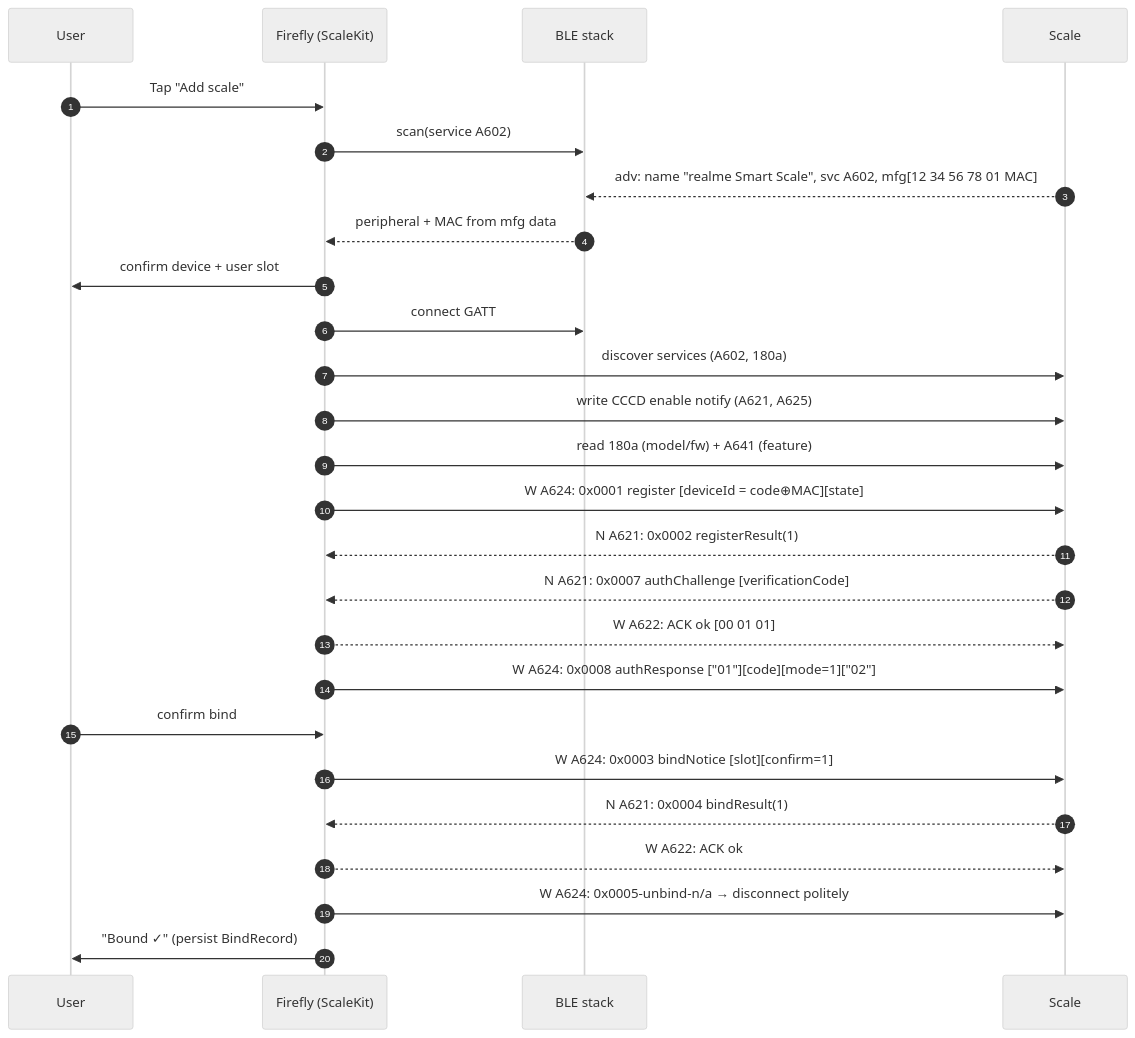
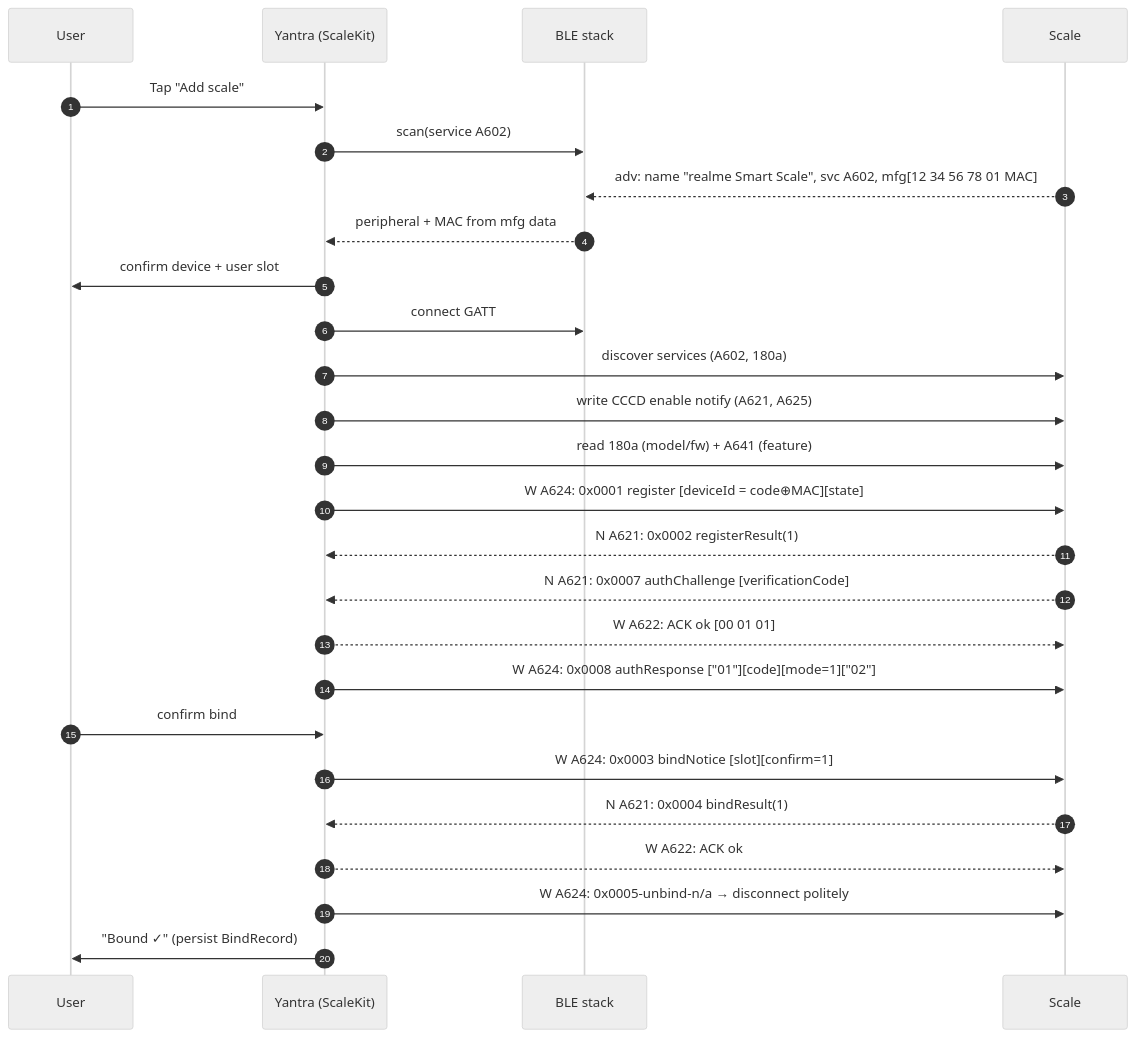
The third of 9 diagrams in docs/DIAGRAMS.md (kulkahr/yantra), drawn with Mermaid (neutral theme) before and after one commit. The commit also changed other lines of this file and 29 other files, not shown here.

First line of the commit message:
Rebrand Firefly to Yantra across app, tests, docs and bundle id

````diff
--- a/docs/DIAGRAMS.md
+++ b/docs/DIAGRAMS.md
@@ -79,29 +79,29 @@
 ```mermaid
 sequenceDiagram
     autonumber
     participant U as User
-    participant App as Firefly (ScaleKit)
+    participant App as Yantra (ScaleKit)
     participant BT as BLE stack
     participant S as Scale
 
     U->>App: Tap "Add scale"
     App->>BT: scan(service A602)
     S-->>BT: adv: name "realme Smart Scale", svc A602, mfg[12 34 56 78 01 MAC]
     BT-->>App: peripheral + MAC from mfg data
     App->>U: confirm device + user slot
     App->>BT: connect GATT
     App->>S: discover services (A602, 180a)
     App->>S: write CCCD enable notify (A621, A625)
     App->>S: read 180a (model/fw) + A641 (feature)
     App->>S: W A624: 0x0001 register [deviceId = code⊕MAC][state]
     S-->>App: N A621: 0x0002 registerResult(1)
     S-->>App: N A621: 0x0007 authChallenge [verificationCode]
     App-->>S: W A622: ACK ok [00 01 01]
     App->>S: W A624: 0x0008 authResponse ["01"][code][mode=1]["02"]
     U->>App: confirm bind
     App->>S: W A624: 0x0003 bindNotice [slot][confirm=1]
     S-->>App: N A621: 0x0004 bindResult(1)
     App-->>S: W A622: ACK ok
     App->>S: W A624: 0x0005-unbind-n/a → disconnect politely
     App->>U: "Bound ✓" (persist BindRecord)
 ```
````
